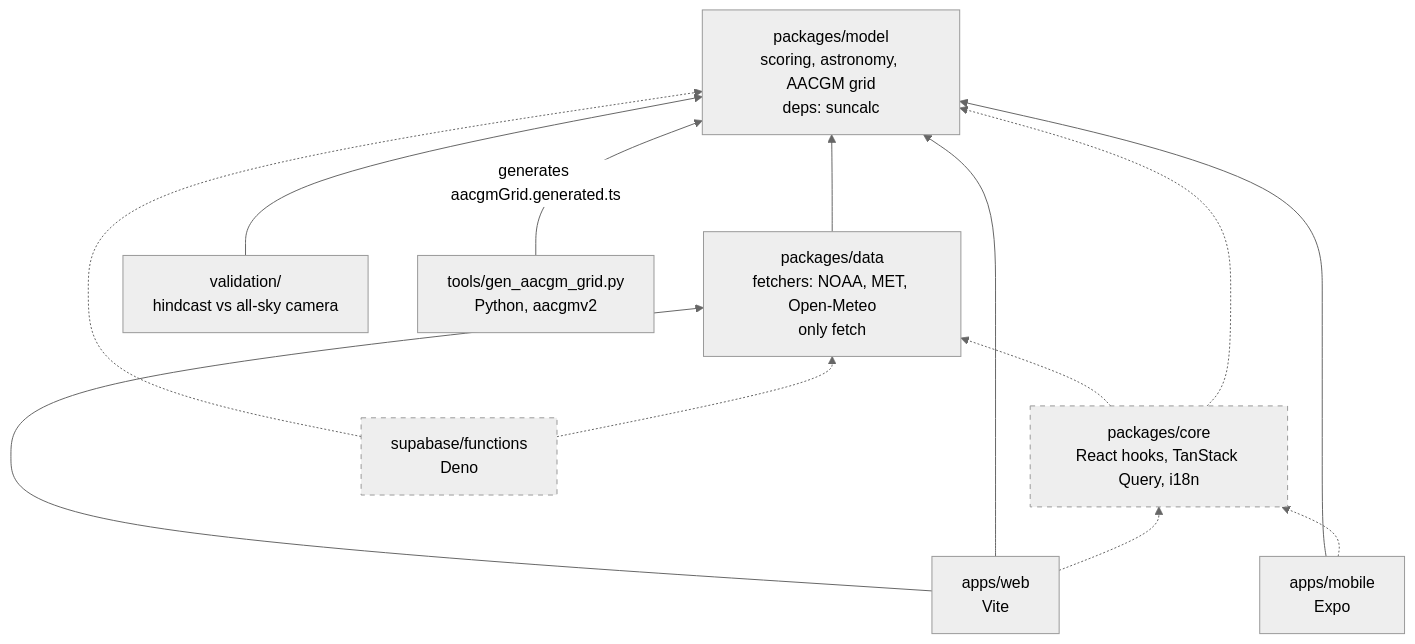
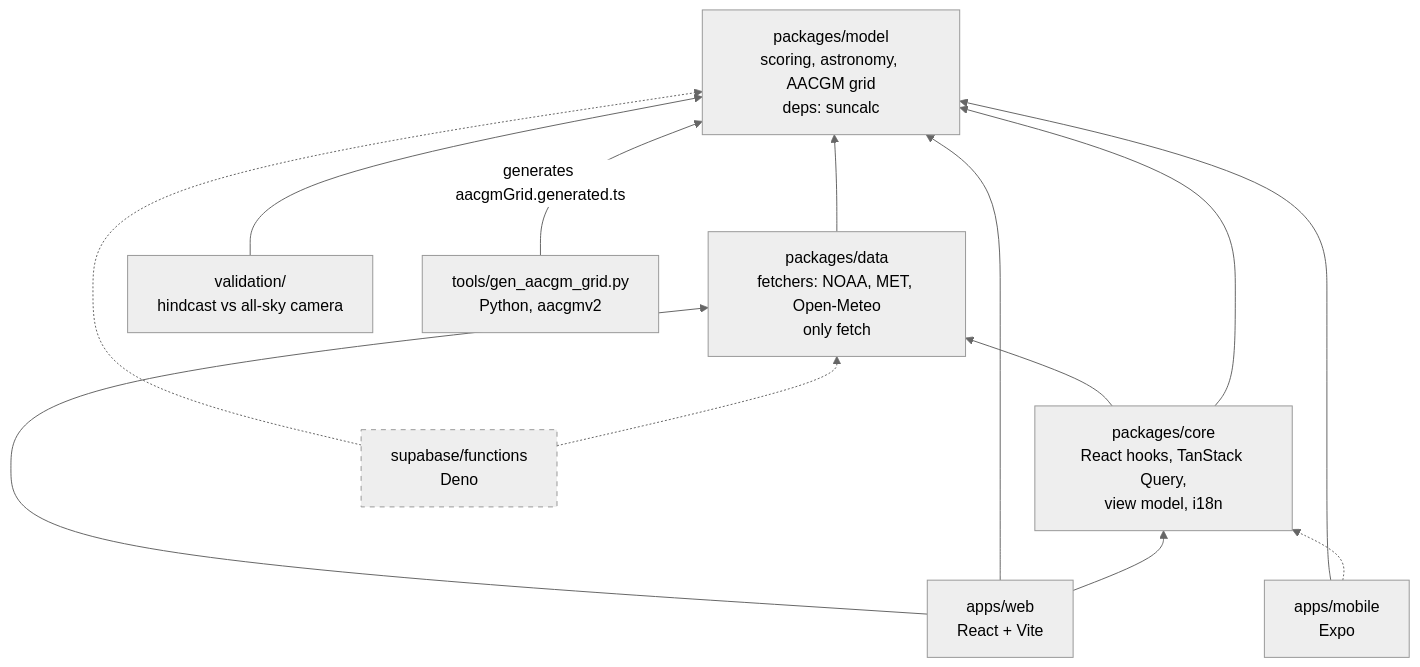
The diagram in docs/diagrams/03-packages.md (Tang3n/aurora-tonight), drawn with Mermaid (neutral theme) before and after one commit. The commit also changed 30 other files, not shown here.

First line of the commit message:
Web in React with shared packages/core (hooks, TanStack Query, view model, i18n)

````diff
--- a/docs/diagrams/03-packages.md
+++ b/docs/diagrams/03-packages.md
@@ -10,26 +10,26 @@
 ```mermaid
 flowchart BT
     model["packages/model<br/>scoring, astronomy, AACGM grid<br/>deps: suncalc"]
     data["packages/data<br/>fetchers: NOAA, MET, Open-Meteo<br/>only fetch"]
-    core["packages/core<br/>React hooks, TanStack Query, i18n"]:::planned
-    web["apps/web<br/>Vite"]
+    core["packages/core<br/>React hooks, TanStack Query,<br/>view model, i18n"]
+    web["apps/web<br/>React + Vite"]
     mobile["apps/mobile<br/>Expo"]
     validation["validation/<br/>hindcast vs all-sky camera"]
     tools["tools/gen_aacgm_grid.py<br/>Python, aacgmv2"]
     edge["supabase/functions<br/>Deno"]:::planned
 
     data --> model
-    core -.-> data
-    core -.-> model
+    core --> data
+    core --> model
     web --> data
     web --> model
-    web -.-> core
+    web --> core
     mobile --> model
     mobile -.-> core
     validation --> model
     edge -.-> model
     edge -.-> data
     tools -- "generates aacgmGrid.generated.ts" --> model
 
     classDef planned stroke-dasharray: 5 5
 ```
````
